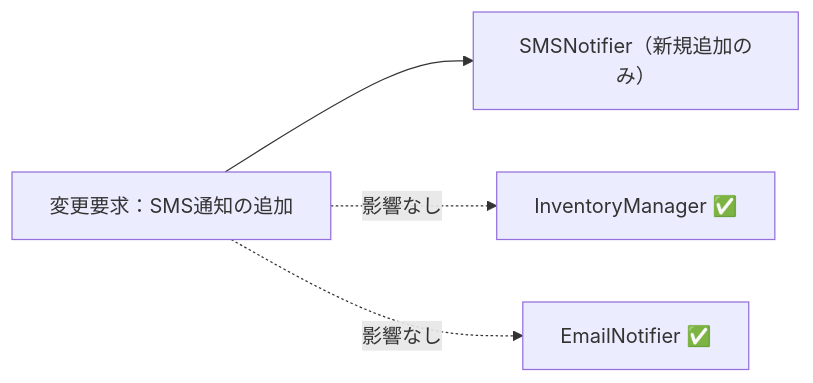
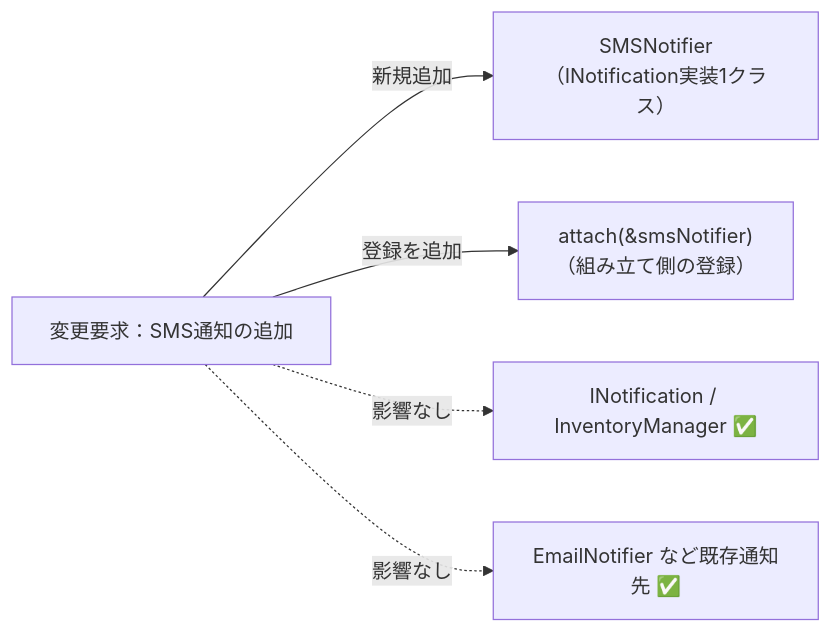
Before and after one commit to kumachan1101-pixel/DesignPattern: the tenth of 12 diagrams in kindle/design-patterns/output/chapter07.md, drawn with Mermaid. The commit also changed other lines of this file and 1 other file, not shown here.

````diff
--- a/kindle/design-patterns/output/chapter07.md
+++ b/kindle/design-patterns/output/chapter07.md
@@ -1680,7 +1626,8 @@
 ```mermaid
 graph LR
-    T1["変更要求：SMS通知の追加"] --> F1["SMSNotifier（新規追加のみ）"]
-    T1 -. "影響なし" .-> A["InventoryManager ✅"]
-    T1 -. "影響なし" .-> B["EmailNotifier ✅"]
-
+    T1["変更要求：SMS通知の追加"]
+        -->|新規追加| F1["SMSNotifier<br>（INotification実装1クラス）"]
+    T1 -->|登録を追加| F2["attach(&smsNotifier)<br>（組み立て側の登録）"]
+    T1 -. "影響なし" .-> A["INotification / InventoryManager ✅"]
+    T1 -. "影響なし" .-> B["EmailNotifier など既存通知先 ✅"]
 ```
````
